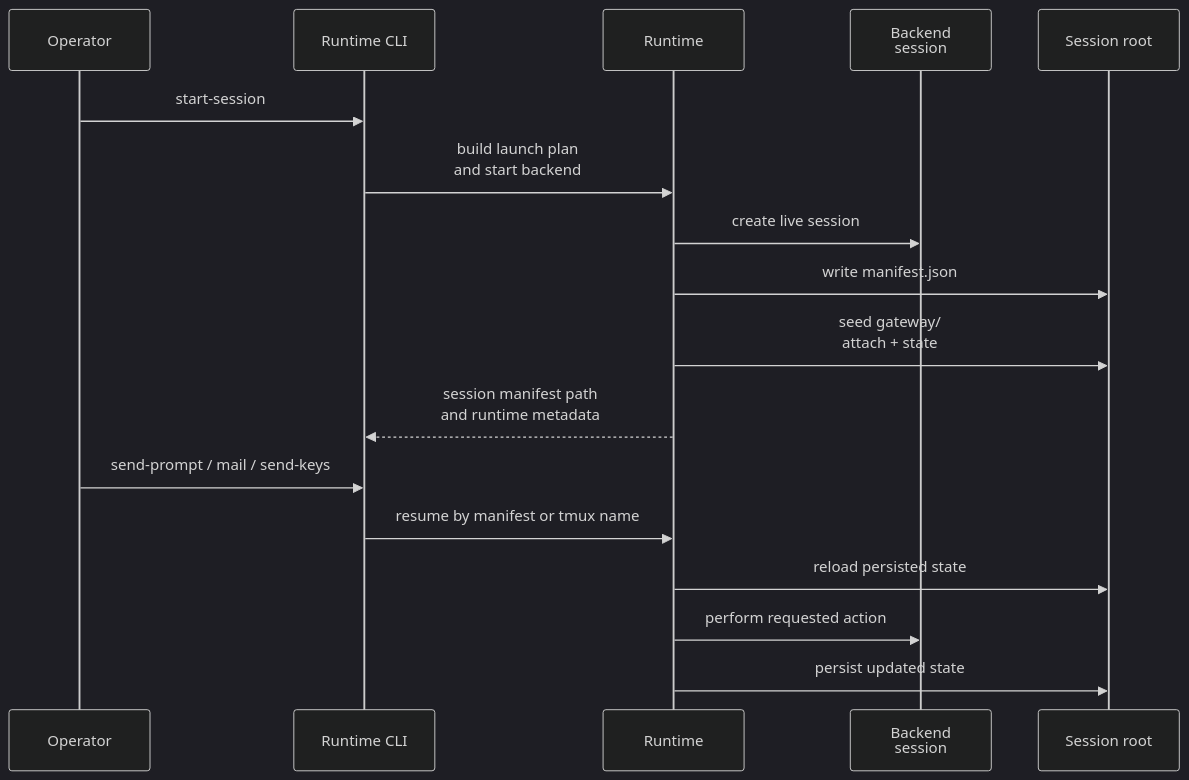
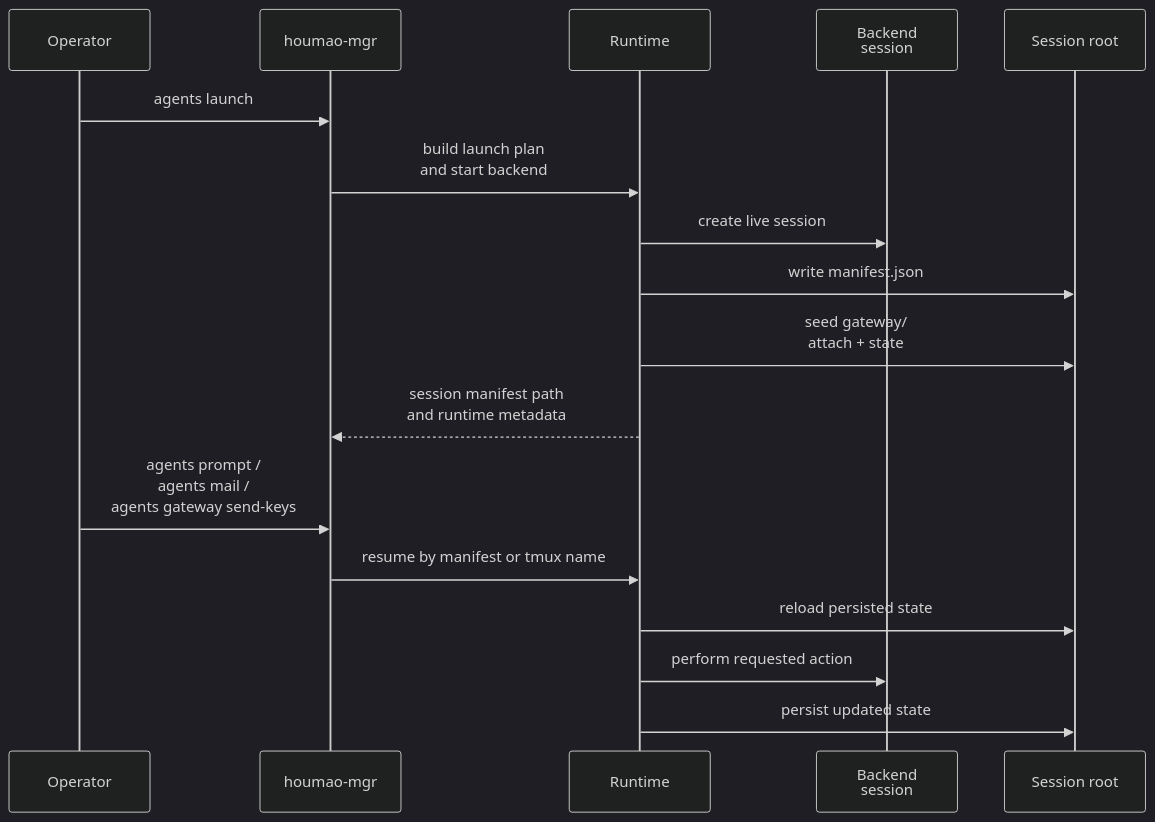
One commit to igamenovoer/houmao changed the first of 2 diagrams in docs/reference/agents/operations/session-and-message-flows.md. Above: the diagram before and after it, drawn with Mermaid (dark theme). The commit also changed other lines of this file and 17 other files, not shown here.

First line of the commit message:
docs: revise houmao-mgr docs to reflect current CLI surface

````diff
--- a/docs/reference/agents/operations/session-and-message-flows.md
+++ b/docs/reference/agents/operations/session-and-message-flows.md
@@ -23,19 +23,19 @@
 ```mermaid
 sequenceDiagram
     participant Op as Operator
-    participant CLI as Runtime CLI
+    participant CLI as houmao-mgr
     participant RT as Runtime
     participant Be as Backend<br/>session
     participant FS as Session root
-    Op->>CLI: start-session
+    Op->>CLI: agents launch
     CLI->>RT: build launch plan<br/>and start backend
     RT->>Be: create live session
     RT->>FS: write manifest.json
     RT->>FS: seed gateway/<br/>attach + state
     RT-->>CLI: session manifest path<br/>and runtime metadata
-    Op->>CLI: send-prompt / mail / send-keys
+    Op->>CLI: agents prompt /<br/>agents mail /<br/>agents gateway send-keys
     CLI->>RT: resume by manifest or tmux name
     RT->>FS: reload persisted state
     RT->>Be: perform requested action
     RT->>FS: persist updated state
 ```
````
